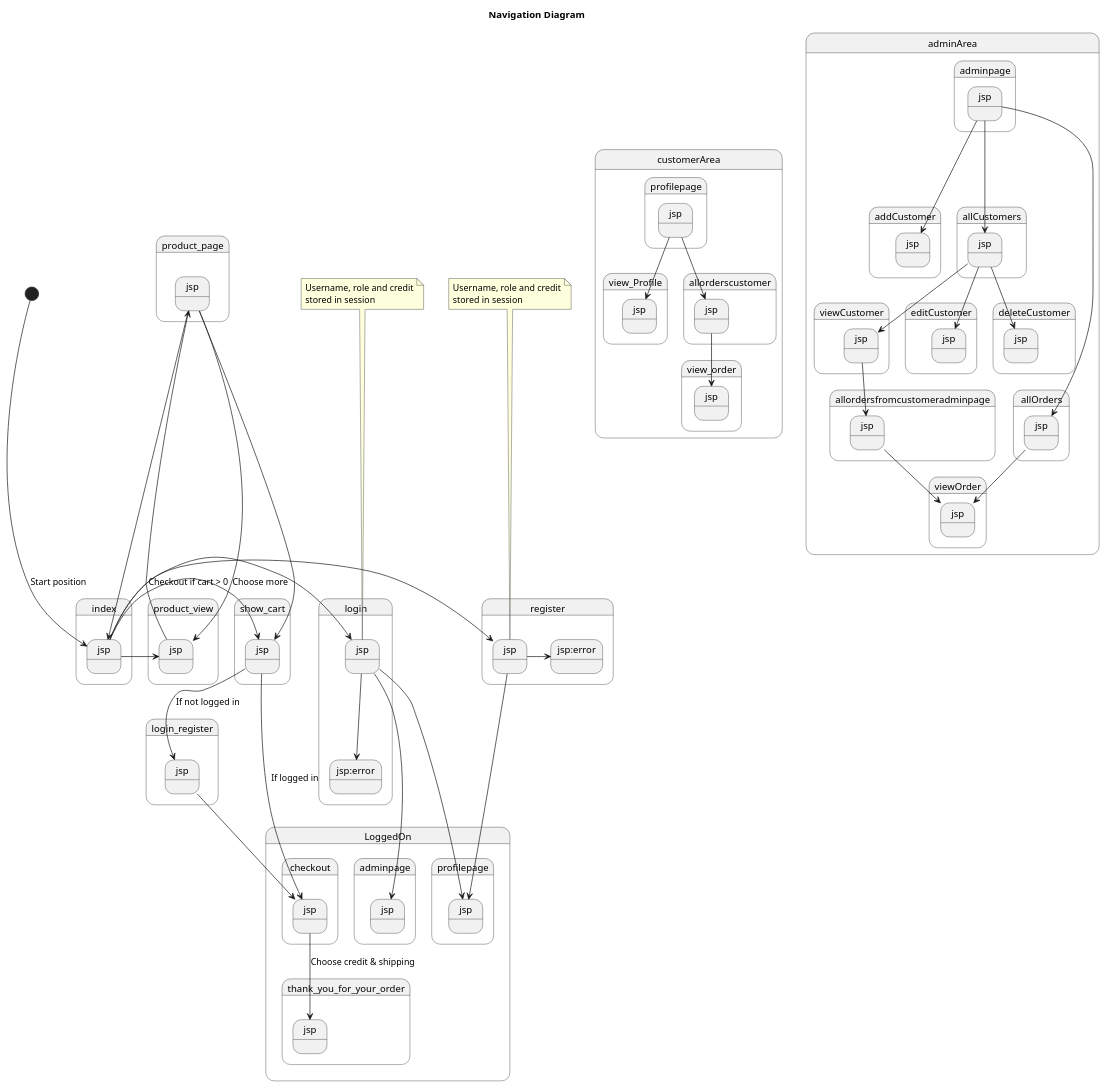
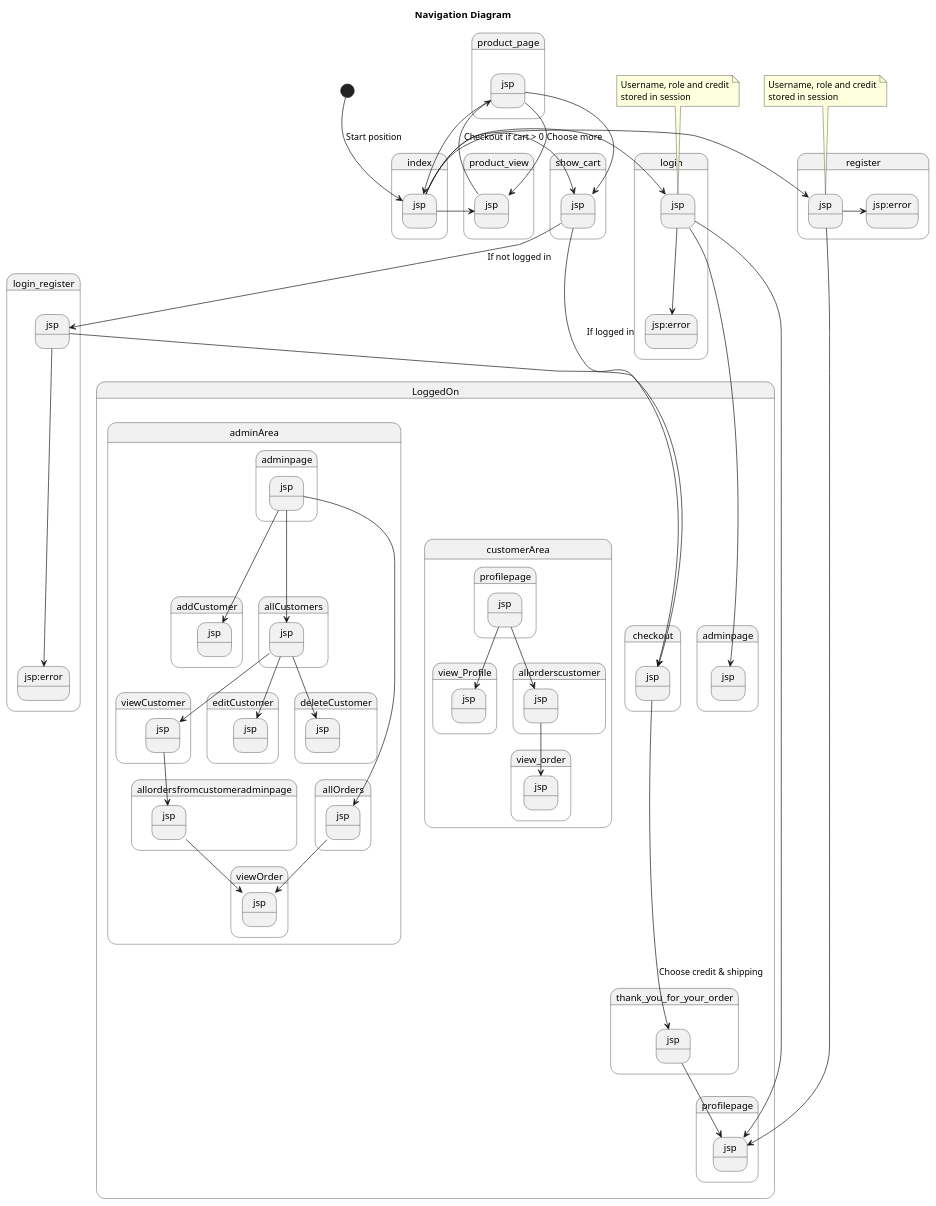
One commit to ariktwena/CupCake_Onion changed the diagram in src/main/UML/CupCake_Navigation_State.puml. Above: the diagram before and after it, drawn with PlantUML. The commit also changed 5 other files, not shown here.

```diff
--- a/src/main/UML/CupCake_Navigation_State.puml
+++ b/src/main/UML/CupCake_Navigation_State.puml
@@ -1,80 +1,87 @@
 @startuml
 Title Navigation Diagram
 
 state index.jsp
 state login.jsp
 state register.jsp
 
 note top of login.jsp
 Username, role and credit
 stored in session
 end note
 
 note top of register.jsp
 Username, role and credit
 stored in session
 end note
 
 [*] --> index.jsp: Start position
 index.jsp -right-> product_view.jsp
 index.jsp -right-> show_cart.jsp:Checkout if cart > 0
 index.jsp -left-> login.jsp
 index.jsp -left-> register.jsp
 login.jsp --> login.jsp:error
 
 register.jsp -> register.jsp:error
 
 
 
 
 
 product_view.jsp --> product_page.jsp
 product_page.jsp --> product_view.jsp:Choose more
 product_page.jsp --> index.jsp
 product_page.jsp --> show_cart.jsp
 
 show_cart.jsp --> login_register.jsp:If not logged in
+login_register.jsp --> login_register.jsp:error
 
 
 'index.jsp --> login.jsp: log på
 'login.jsp --> LoggedOn: log på  [ok]
 'login.jsp --> login.jsp: log på [fejl]
 '
 state LoggedOn {
 '    state adminpage.jsp
 '    state profilepage.jsp
 '    state checkout.jsp
 '    [*]-->admin.jsp
   login.jsp --> adminpage.jsp
   login.jsp --> profilepage.jsp
   register.jsp --> profilepage.jsp
   login_register.jsp --> checkout.jsp
   show_cart.jsp --> checkout.jsp:If logged in
 
   checkout.jsp --> thank_you_for_your_order.jsp:Choose credit & shipping
+  thank_you_for_your_order.jsp --> profilepage.jsp
+
+
+    state customerArea{
+        profilepage.jsp ---> view_Profile.jsp
+        profilepage.jsp ---> allorderscustomer.jsp
+        allorderscustomer.jsp --> view_order.jsp
+    }
+
+    state adminArea{
+    '    state createUser.jsp
+
+        adminpage.jsp -----> addCustomer.jsp
+        adminpage.jsp -----> allCustomers.jsp
+        adminpage.jsp -----> allOrders.jsp
+
+        allCustomers.jsp ---> viewCustomer.jsp
+        allCustomers.jsp ---> editCustomer.jsp
+        allCustomers.jsp ---> deleteCustomer.jsp
+
+        viewCustomer.jsp --> allordersfromcustomeradminpage.jsp
+
+        allordersfromcustomeradminpage.jsp --> viewOrder.jsp
+        allOrders.jsp --> viewOrder.jsp
+    }
 
 }
 
-state customerArea{
-    profilepage.jsp ---> view_Profile.jsp
-    profilepage.jsp ---> allorderscustomer.jsp
-    allorderscustomer.jsp --> view_order.jsp
-}
 
-state adminArea{
-'    state createUser.jsp
 
-    adminpage.jsp -----> addCustomer.jsp
-    adminpage.jsp -----> allCustomers.jsp
-    adminpage.jsp -----> allOrders.jsp
 
-    allCustomers.jsp ---> viewCustomer.jsp
-    allCustomers.jsp ---> editCustomer.jsp
-    allCustomers.jsp ---> deleteCustomer.jsp
-
-    viewCustomer.jsp --> allordersfromcustomeradminpage.jsp
-
-    allordersfromcustomeradminpage.jsp --> viewOrder.jsp
-    allOrders.jsp --> viewOrder.jsp
-}
 @enduml
```
